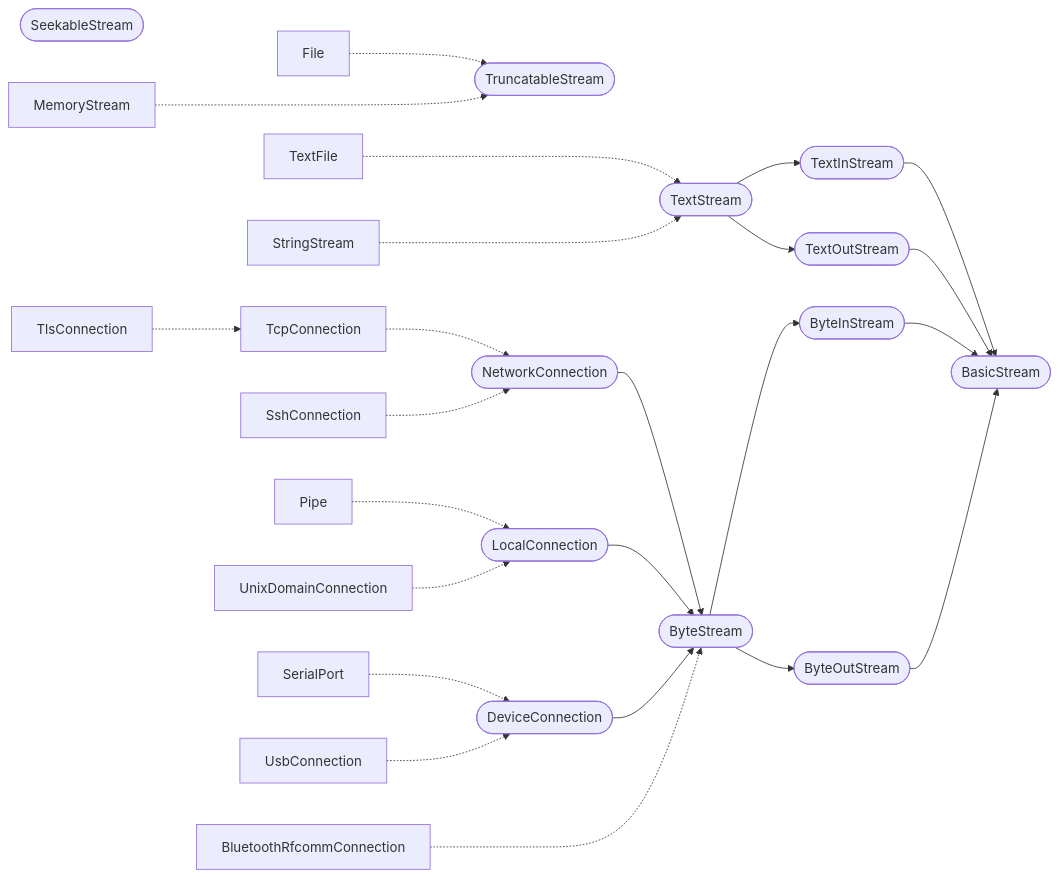
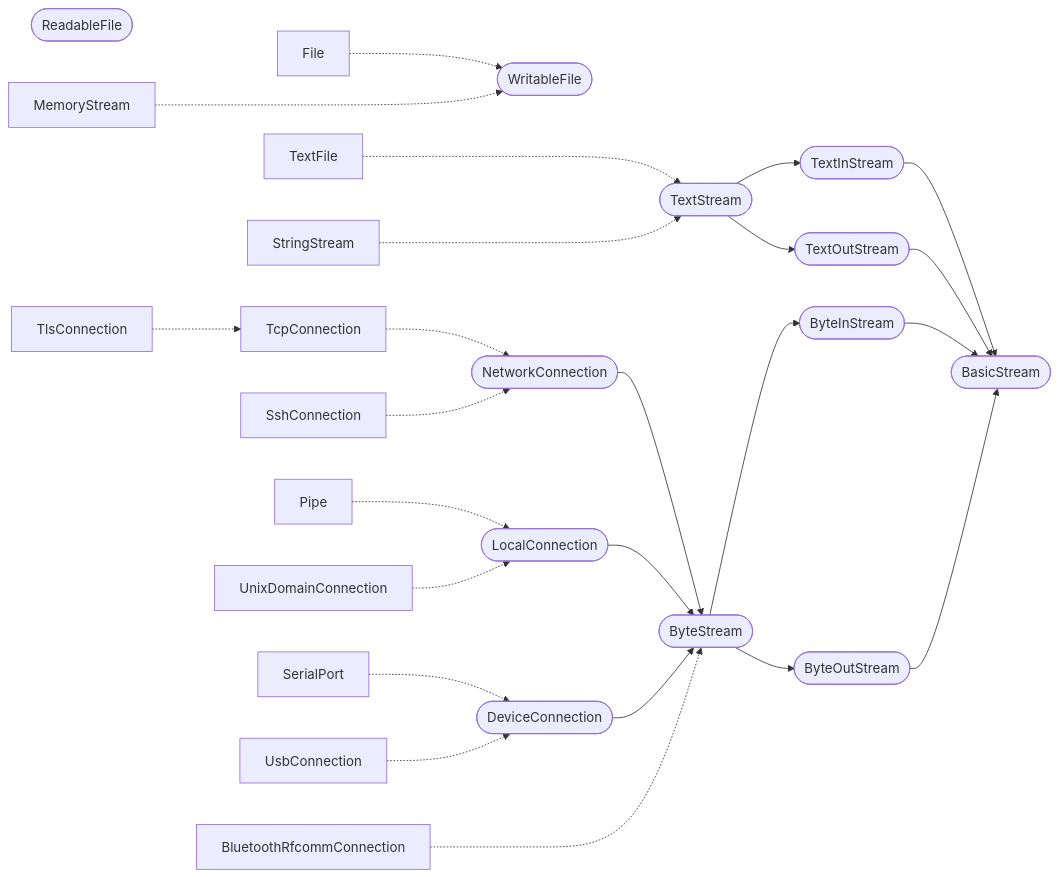
The diagram in 2 Standard Lib/6 Stream, File & CLI.md (laro/Cilia), drawn with Mermaid before and after one commit.

Commit message:
Update 6 Stream, File & CLI.md

````diff
--- a/2 Standard Lib/6 Stream, File & CLI.md
+++ b/2 Standard Lib/6 Stream, File & CLI.md
@@ -280,66 +280,66 @@
 ```mermaid
 flowchart LR
     BasicStream([BasicStream])
 
-    ReadableFile([SeekableStream])
-    WritableFile([TruncatableStream])
+    ReadableFile([ReadableFile])
+    WritableFile([WritableFile])
 
     TextStream([TextStream])
     TextInStream([TextInStream])
     TextOutStream([TextOutStream])
 
     TextFile[TextFile]
     StringStream[StringStream]
 
     ByteStream([ByteStream])
     ByteInStream([ByteInStream])
     ByteOutStream([ByteOutStream])
     
     File[File]
     MemoryStream[MemoryStream]
     NetworkConnection([NetworkConnection])
     TcpConnection[TcpConnection]
     TlsConnection[TlsConnection]
     SshConnection[SshConnection]
     LocalConnection([LocalConnection])
     Pipe[Pipe]
     UnixDomainConnection[UnixDomainConnection]
     DeviceConnection([DeviceConnection])
     SerialPort[SerialPort]
     UsbConnection[UsbConnection]
     BluetoothRfcommConnection[BluetoothRfcommConnection]
     
     TextFile -..-> TextStream
     StringStream -..-> TextStream
 
     TextStream --> TextInStream
     TextStream --> TextOutStream
 
     TextInStream --> BasicStream
     TextOutStream --> BasicStream
 
     File -.-> WritableFile
 
     MemoryStream -..-> WritableFile
 
     NetworkConnection --> ByteStream
     LocalConnection --> ByteStream
     DeviceConnection --> ByteStream
     BluetoothRfcommConnection -..-> ByteStream
     
     TcpConnection -.-> NetworkConnection
     TlsConnection -.-> TcpConnection
     SshConnection -.-> NetworkConnection
     
     Pipe -.-> LocalConnection
     UnixDomainConnection -.-> LocalConnection
     
     SerialPort -.-> DeviceConnection
     UsbConnection -.-> DeviceConnection
     
     ByteStream --> ByteInStream
     ByteStream --> ByteOutStream
 
     ByteInStream --> BasicStream
     ByteOutStream --> BasicStream
 ```
````
